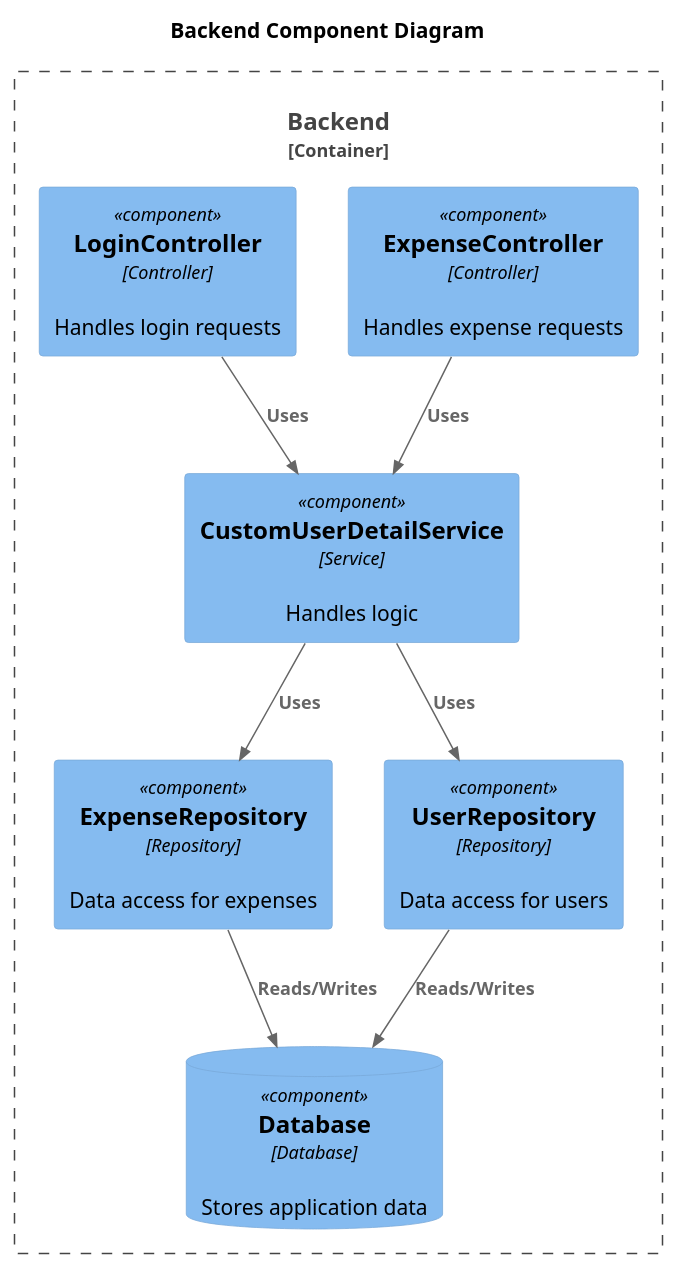
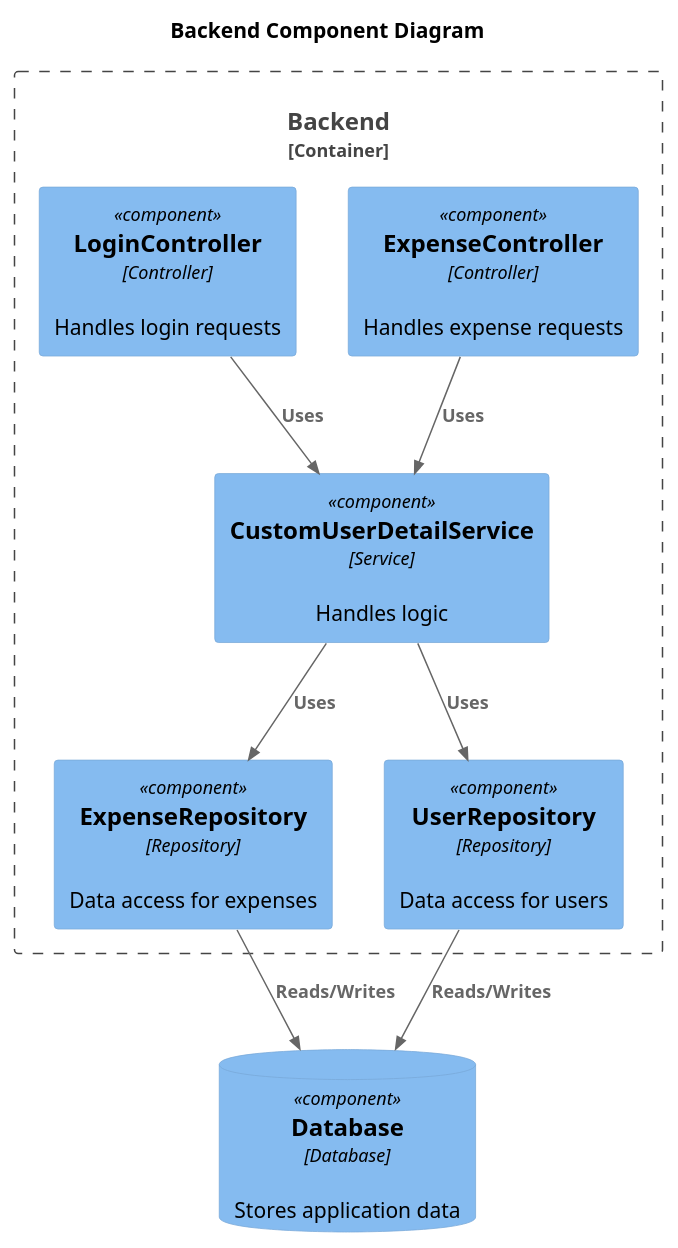
One commit to AIM-ENE-feb25/triptop-inshallahboys changed the diagram in Week2/Les1/Chris/Component-diagram-FSWD.puml. Above: the diagram before and after it, drawn with PlantUML. The commit also changed 4 other files, not shown here.

```diff
--- a/Week2/Les1/Chris/Component-diagram-FSWD.puml
+++ b/Week2/Les1/Chris/Component-diagram-FSWD.puml
@@ -1,22 +1,24 @@
 @startuml
 !include https://raw.githubusercontent.com/plantuml-stdlib/C4-PlantUML/master/C4_Component.puml
 
 title Backend Component Diagram
 
 Container_Boundary(c1, "Backend") {
     Component(expenseController, "ExpenseController", "Controller", "Handles expense requests")
     Component(loginController, "LoginController", "Controller", "Handles login requests")
     Component(customUserDetailService, "CustomUserDetailService", "Service", "Handles logic")
     Component(expenseRepository, "ExpenseRepository", "Repository", "Data access for expenses")
     Component(userRepository, "UserRepository", "Repository", "Data access for users")
-    ComponentDb(database, "Database", "Database", "Stores application data")
 }
+
+ComponentDb(database, "Database", "Database", "Stores application data")
+
 
 Rel(expenseController, customUserDetailService, "Uses")
 Rel(loginController, customUserDetailService, "Uses")
 Rel(customUserDetailService, userRepository, "Uses")
 Rel(customUserDetailService, expenseRepository, "Uses")
 Rel(expenseRepository, database, "Reads/Writes")
 Rel(userRepository, database, "Reads/Writes")
 
 @enduml
```
